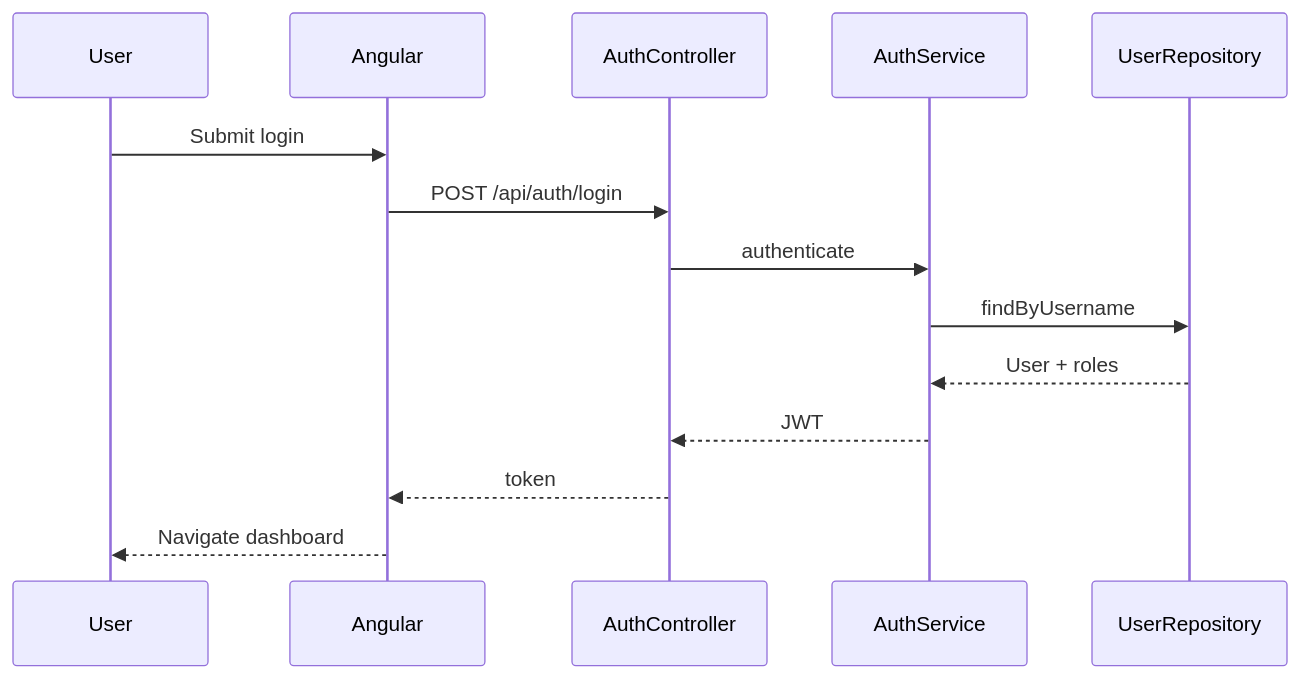
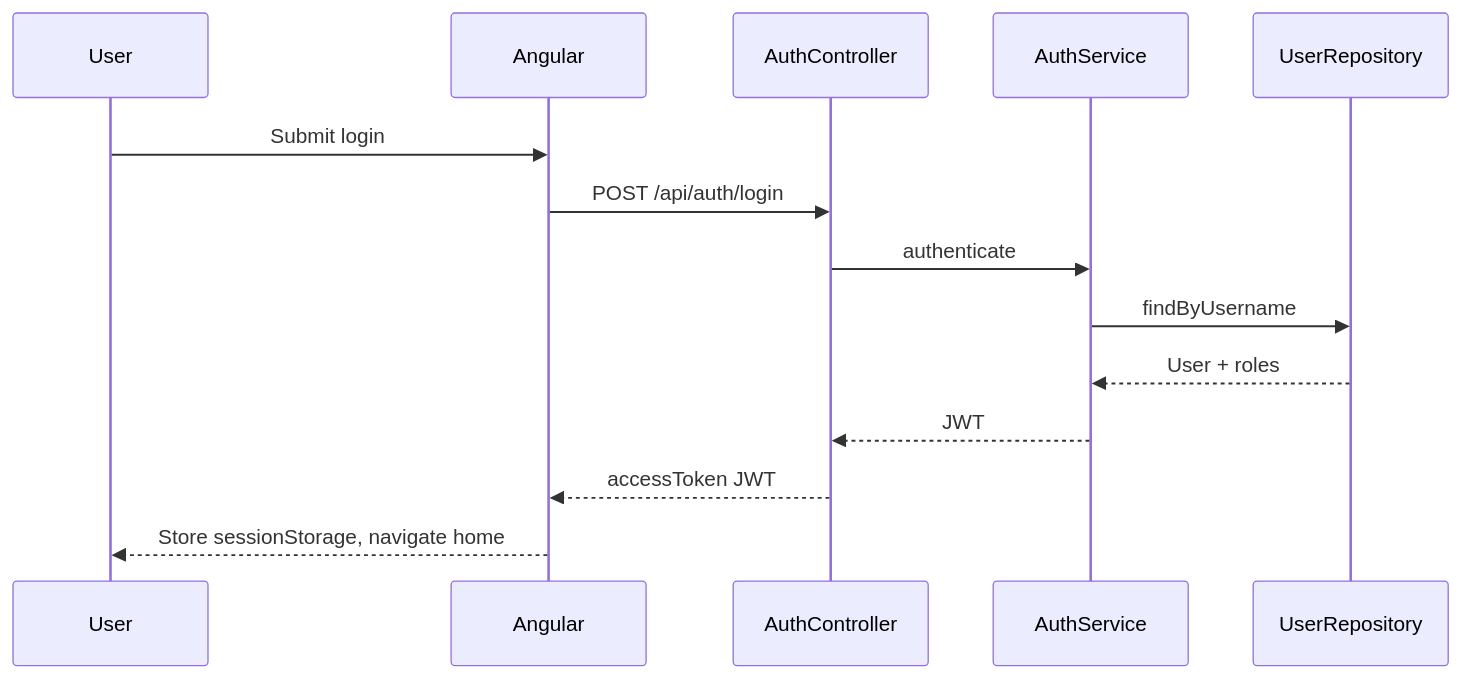
Before and after one commit to kirtika-0102/StockSmart: the first of 9 diagrams in docs/sequence-diagrams.md, drawn with Mermaid. The commit also changed other lines of this file and 198 other files, not shown here.

````diff
--- a/docs/sequence-diagrams.md
+++ b/docs/sequence-diagrams.md
@@ -9,17 +9,17 @@
 ```mermaid
 sequenceDiagram
     participant U as User
     participant A as Angular
     participant C as AuthController
     participant S as AuthService
     participant R as UserRepository
 
     U->>A: Submit login
     A->>C: POST /api/auth/login
     C->>S: authenticate
     S->>R: findByUsername
     R-->>S: User + roles
     S-->>C: JWT
-    C-->>A: token
-    A-->>U: Navigate dashboard
+    C-->>A: accessToken JWT
+    A-->>U: Store sessionStorage, navigate home
 ```
````
